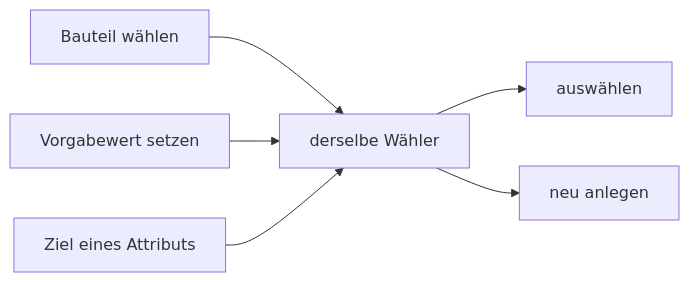
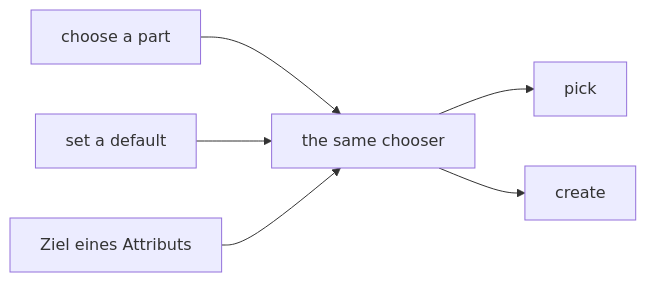
Before and after one commit to sfambach/wp-taxonomy-modeler: the first of 14 diagrams in docs/NewConcept/20-interaction.md, drawn with Mermaid. The commit also changed other lines of this file and 4 other files, not shown here.

First line of the commit message:
Diagramme auf Englisch, Sachnamen bleiben

````diff
--- a/docs/NewConcept/20-interaction.md
+++ b/docs/NewConcept/20-interaction.md
@@ -17,8 +17,8 @@
 ```mermaid
 flowchart LR
-  A["Bauteil wählen"] --> W["derselbe Wähler"]
-  B["Vorgabewert setzen"] --> W
+  A["choose a part"] --> W["the same chooser"]
+  B["set a default"] --> W
   C["Ziel eines Attributs"] --> W
-  W --> P["auswählen"]
-  W --> N["neu anlegen"]
+  W --> P["pick"]
+  W --> N["create"]
 ```
````
